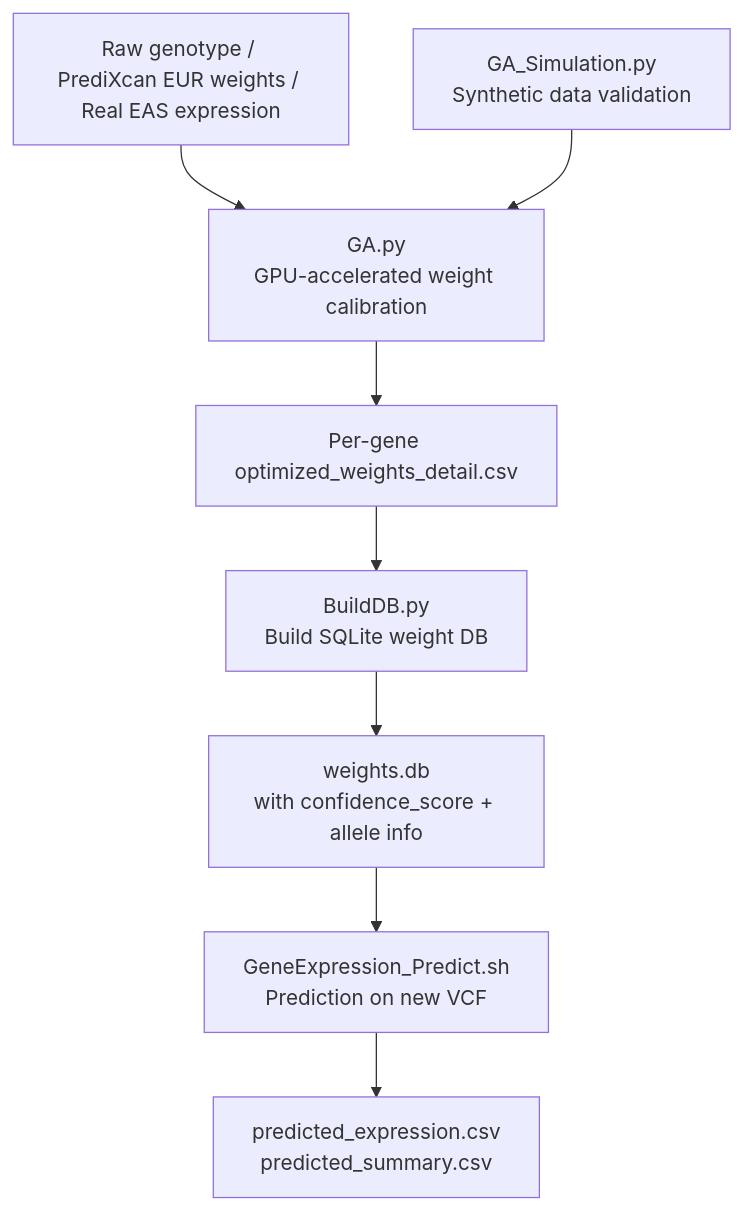
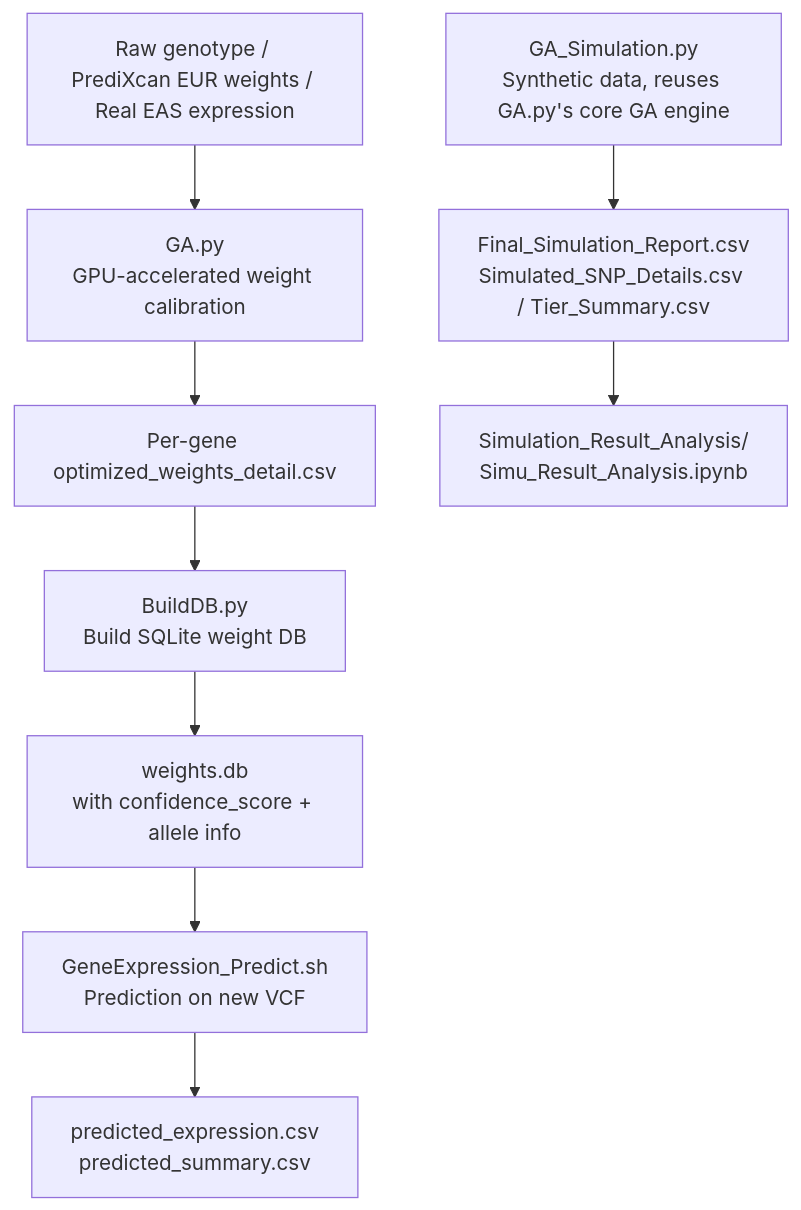
One commit to AnywayCheng/PredictAP-GA-EAS changed the first of 2 diagrams in README.md. Above: the diagram before and after it, drawn with Mermaid. The commit also changed other lines of this file and 2 other files, not shown here.

First line of the commit message:
Add Simulation_Result_Analysis folder and fix pipeline diagram

````diff
--- a/README.md
+++ b/README.md
@@ -192,11 +196,12 @@
 ```mermaid
 flowchart TD
     A[Raw genotype / PrediXcan EUR weights / Real EAS expression] --> B[GA.py\nGPU-accelerated weight calibration]
     B --> C[Per-gene optimized_weights_detail.csv]
     C --> D[BuildDB.py\nBuild SQLite weight DB]
     D --> E[weights.db\nwith confidence_score + allele info]
     E --> F[GeneExpression_Predict.sh\nPrediction on new VCF]
     F --> G[predicted_expression.csv\npredicted_summary.csv]
 
-    B2[GA_Simulation.py\nSynthetic data validation] --> B
+    H[GA_Simulation.py\nSynthetic data, reuses GA.py's core GA engine] --> I[Final_Simulation_Report.csv\nSimulated_SNP_Details.csv / Tier_Summary.csv]
+    I --> J[Simulation_Result_Analysis/\nSimu_Result_Analysis.ipynb]
 ```
````
